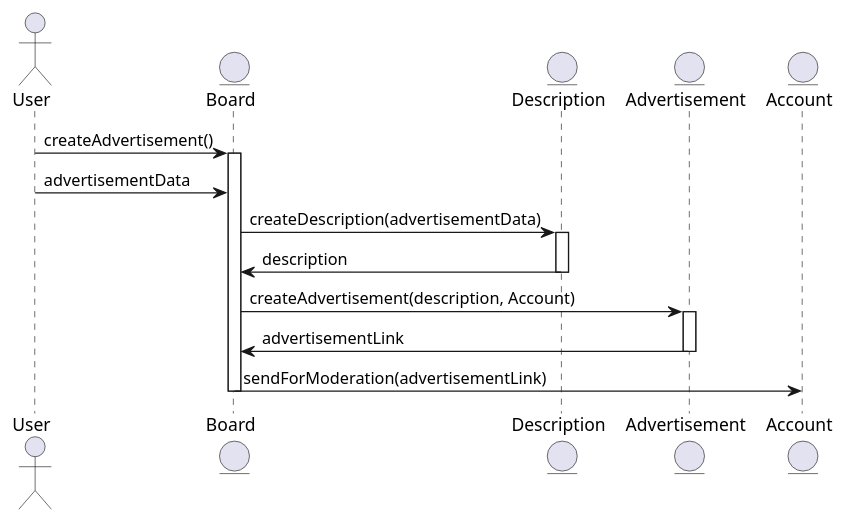
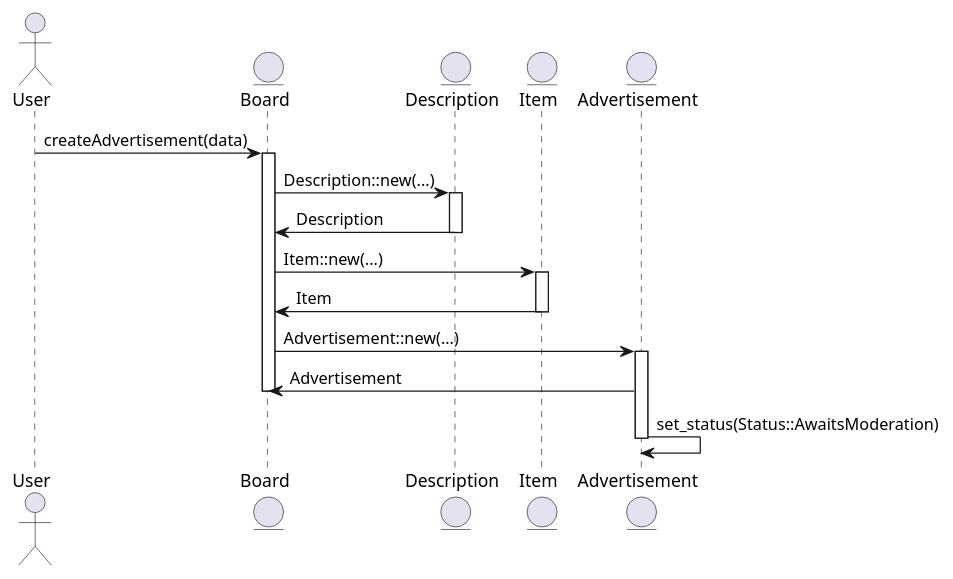
Before and after one commit to penamarth/bsbo-01-22_team1_var13: the diagram in Диаграмма последовательности Создание объявления.md, drawn with PlantUML.

Commit message:
fix: Tweak `Диаграмма последовательности Создание объявления.md`

````diff
--- a/Диаграмма последовательности Создание объявления.md
+++ b/Диаграмма последовательности Создание объявления.md
@@ -1,29 +1,31 @@
 ```plantuml
 @startuml
 
 actor User
 entity Board
 entity Description
+entity Item
 entity Advertisement
-entity Account
 
-User -> Board : createAdvertisement()
+User -> Board : createAdvertisement(data)
 activate Board
-User -> Board : advertisementData
 
-Board -> Description : createDescription(advertisementData)
+Board -> Description : Description::new(...)
 activate Description
-Description -> Board : description
+Board <- Description : Description
 deactivate Description
 
-Board -> Advertisement : createAdvertisement(description, Account)
+Board -> Item : Item::new(...)
+activate Item
+Board <- Item : Item
+deactivate Item
+
+Board -> Advertisement : Advertisement::new(...)
 activate Advertisement
-Advertisement -> Board : advertisementLink
+Board <- Advertisement : Advertisement
+deactivate Board
+Advertisement -> Advertisement : set_status(Status::AwaitsModeration)
 deactivate Advertisement
-
-Board -> Account : sendForModeration(advertisementLink)
-deactivate Board
-deactivate Account
 
 @enduml
 ```
````
